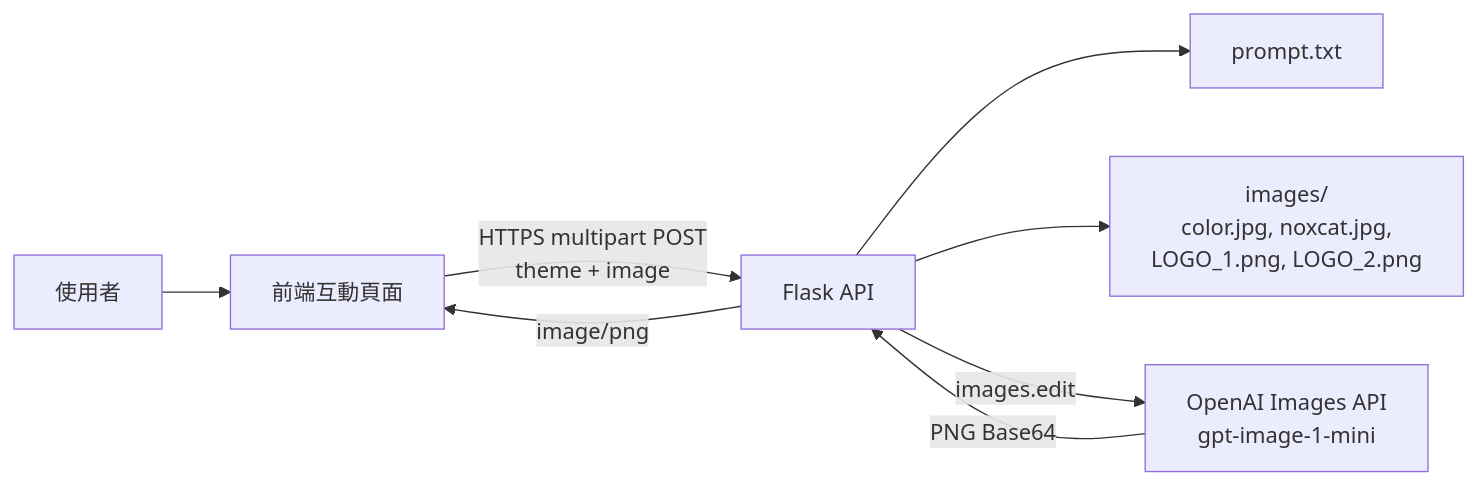
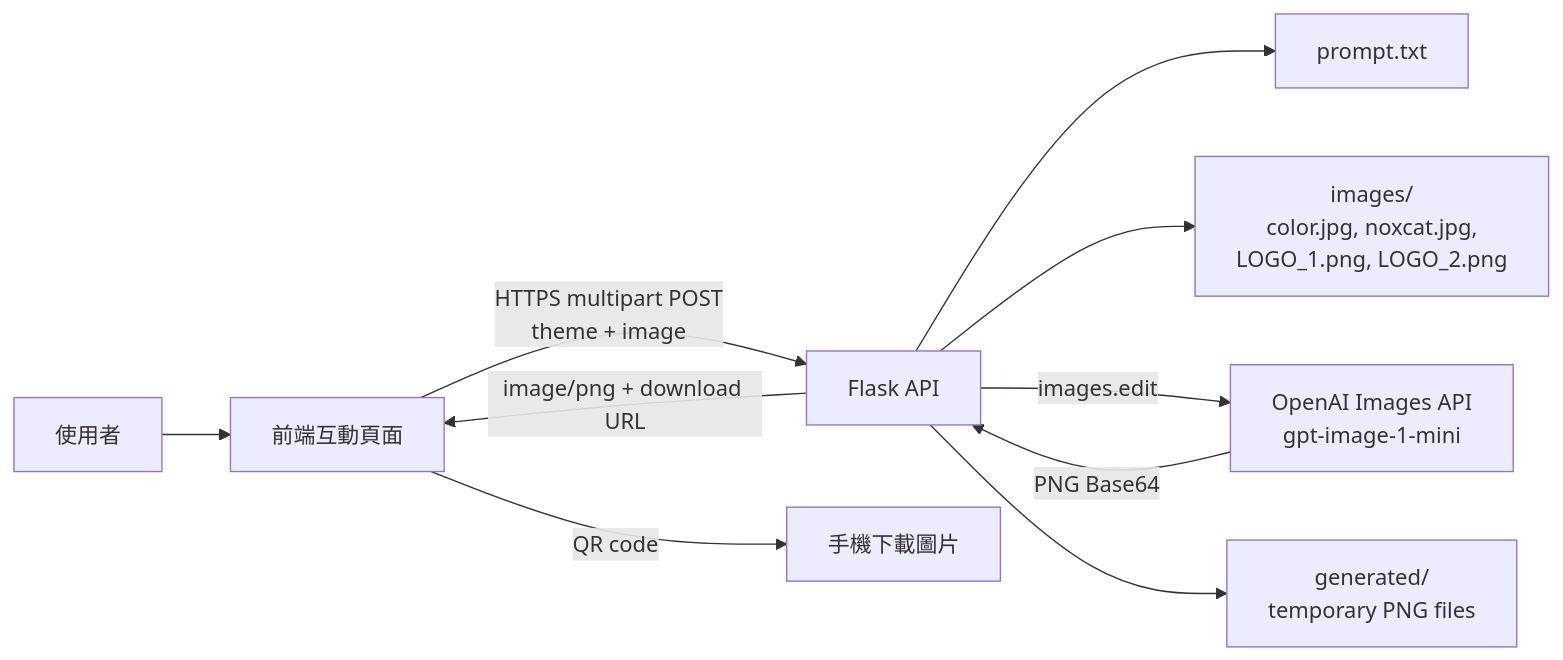
One commit to ShadowZawa/noxcat changed the diagram in README.md. Above: the diagram before and after it, drawn with Mermaid. The commit also changed other lines of this file and 8 other files, not shown here.

First line of the commit message:
Add server-generated images + QR download flow

````diff
--- a/README.md
+++ b/README.md
@@ -22,10 +25,12 @@
 ```mermaid
 flowchart LR
 		User[使用者] --> Web[前端互動頁面]
 		Web -->|HTTPS multipart POST<br/>theme + image| API[Flask API]
 		API --> Prompt[prompt.txt]
 		API --> References[images/<br/>color.jpg, noxcat.jpg,<br/>LOGO_1.png, LOGO_2.png]
 		API -->|images.edit| OpenAI[OpenAI Images API<br/>gpt-image-1-mini]
 		OpenAI -->|PNG Base64| API
-		API -->|image/png| Web
+		API --> Generated[generated/<br/>temporary PNG files]
+		API -->|image/png + download URL| Web
+		Web -->|QR code| Phone[手機下載圖片]
 ```
````
